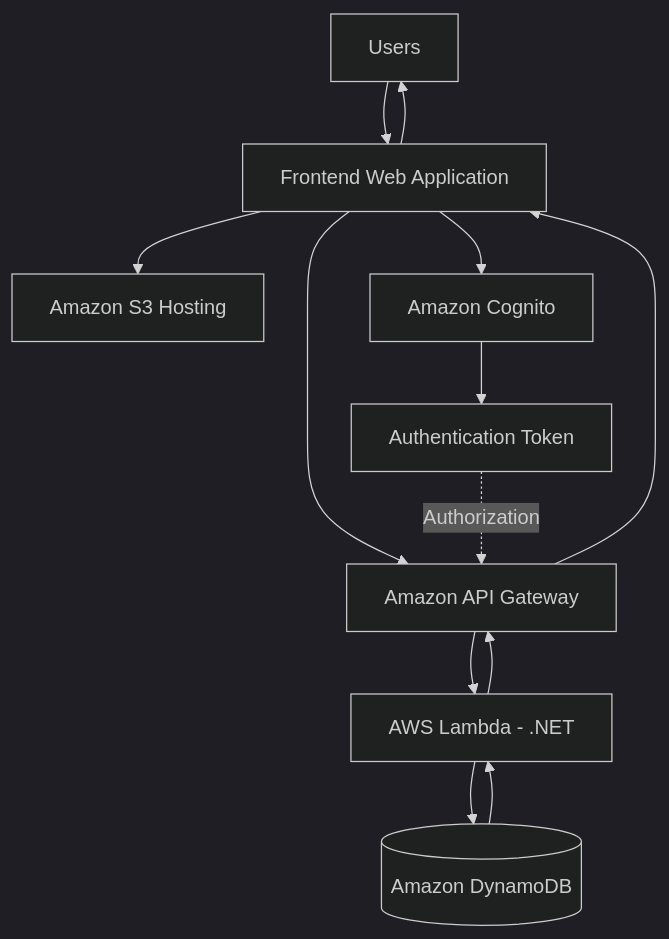
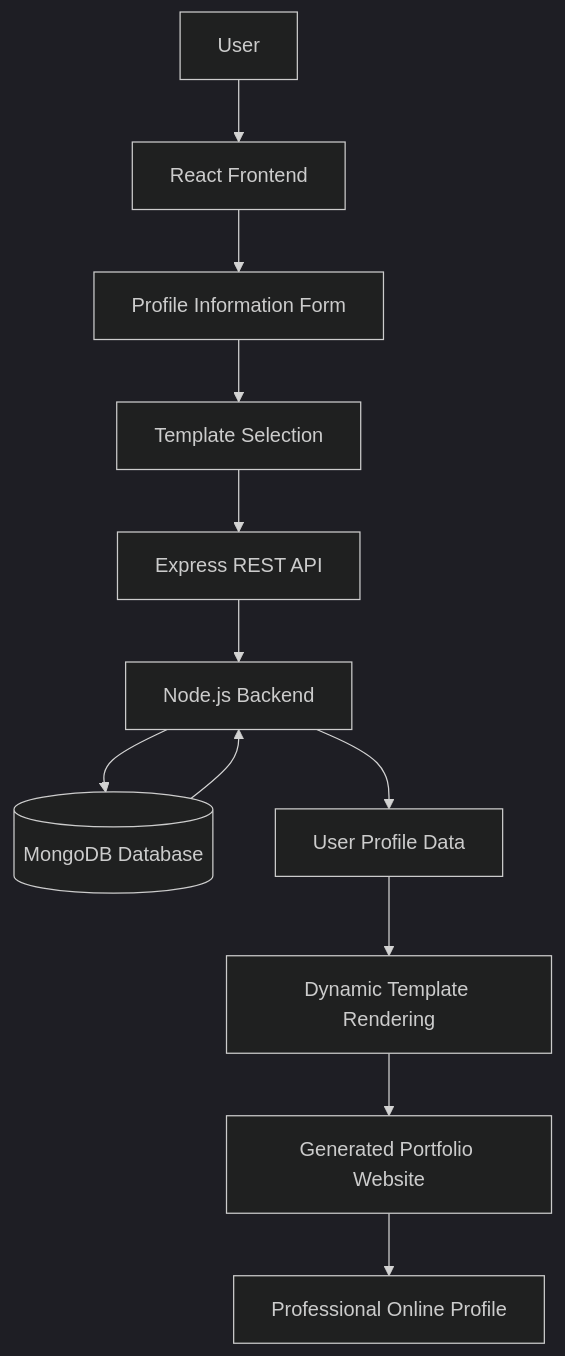
The diagram in README.md (Omihiraj/CV-Portfolio-Generator), drawn with Mermaid (dark theme) before and after one commit. The commit also changed other lines of this file, not shown here.

````diff
--- a/README.md
+++ b/README.md
@@ -111,19 +74,14 @@
 ```mermaid
 flowchart TD
-    U[Users] --> FE[Frontend Web Application]
-    FE --> S3[Amazon S3 Hosting]
-
-    FE --> AUTH[Amazon Cognito]
-    AUTH --> TOKEN[Authentication Token]
-
-    FE --> APIGW[Amazon API Gateway]
-    TOKEN -. Authorization .-> APIGW
-
-    APIGW --> L1[AWS Lambda - .NET]
-    L1 --> DB[(Amazon DynamoDB)]
-
-    DB --> L1
-    L1 --> APIGW
-    APIGW --> FE
-    FE --> U
+    A[User] --> B[React Frontend]
+    B --> C[Profile Information Form]
+    C --> D[Template Selection]
+    D --> E[Express REST API]
+    E --> F[Node.js Backend]
+    F --> G[(MongoDB Database)]
+    G --> F
+    F --> H[User Profile Data]
+    H --> I[Dynamic Template Rendering]
+    I --> J[Generated Portfolio Website]
+    J --> K[Professional Online Profile]
 ```
````
